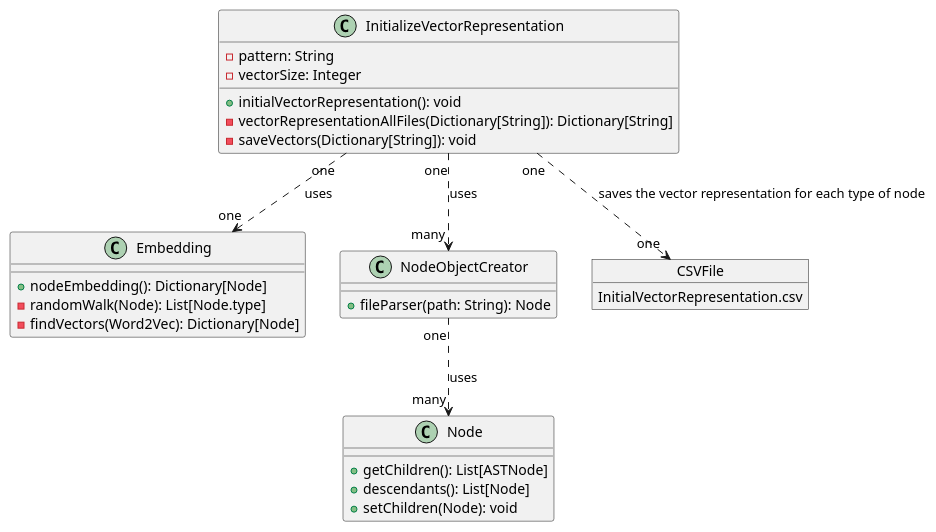
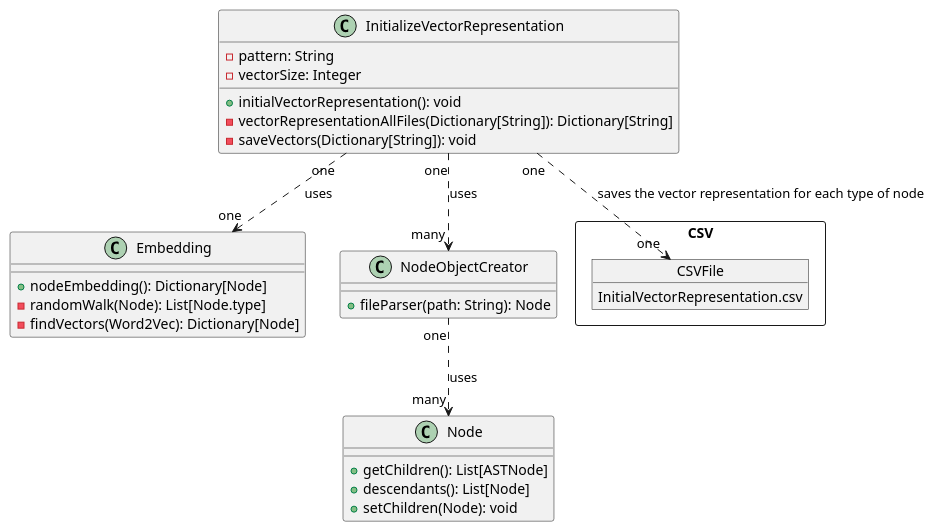
The diagram in documentation/class_diagrams/initial_vector_representation.puml (a-domingu/tbcnn2), drawn with PlantUML before and after one commit. The commit also changed 7 other files, not shown here.

Commit message:
We modify the class diagrams and we add information in the markdowns.

```diff
--- a/documentation/class_diagrams/initial_vector_representation.puml
+++ b/documentation/class_diagrams/initial_vector_representation.puml
@@ -1,42 +1,44 @@
 @startuml Initial_vector_representation-model
 
 class InitializeVectorRepresentation {
     - pattern: String
     - vectorSize: Integer
     + initialVectorRepresentation(): void
     - vectorRepresentationAllFiles(Dictionary[String]): Dictionary[String]
     - saveVectors(Dictionary[String]): void
 }
 
 
 class Embedding {
     + nodeEmbedding(): Dictionary[Node]
     - randomWalk(Node): List[Node.type]
     - findVectors(Word2Vec): Dictionary[Node]
 }
 
 class Node {
 
     + getChildren(): List[ASTNode]
     + descendants(): List[Node]
     + setChildren(Node): void
 }
 
 
 class NodeObjectCreator {
     + fileParser(path: String): Node
 }
 
-object CSVFile {
-    InitialVectorRepresentation.csv
+package CSV <<Rectangle>> {
+    object CSVFile {
+        InitialVectorRepresentation.csv
+    }
 }
 
 
 InitializeVectorRepresentation "one" ..> "one" Embedding : uses
 InitializeVectorRepresentation "one" ..> "many" NodeObjectCreator : uses
 NodeObjectCreator "one"..> "many" Node : uses
 
 InitializeVectorRepresentation "one" ..> "one" CSVFile: saves the vector representation for each type of node
 
 
 @enduml
```
